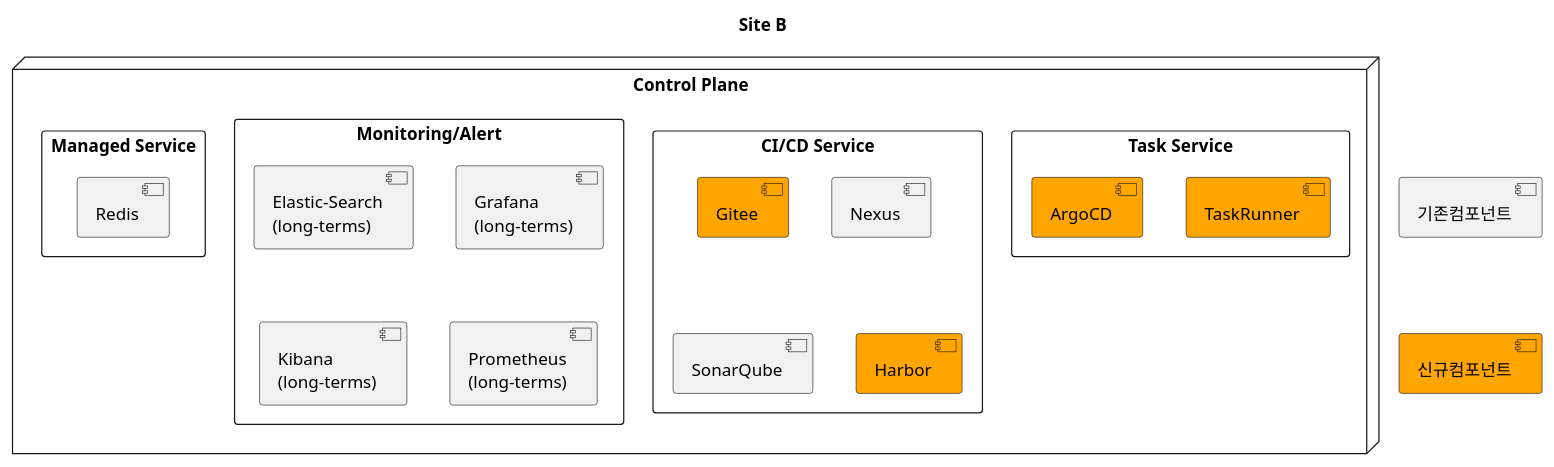
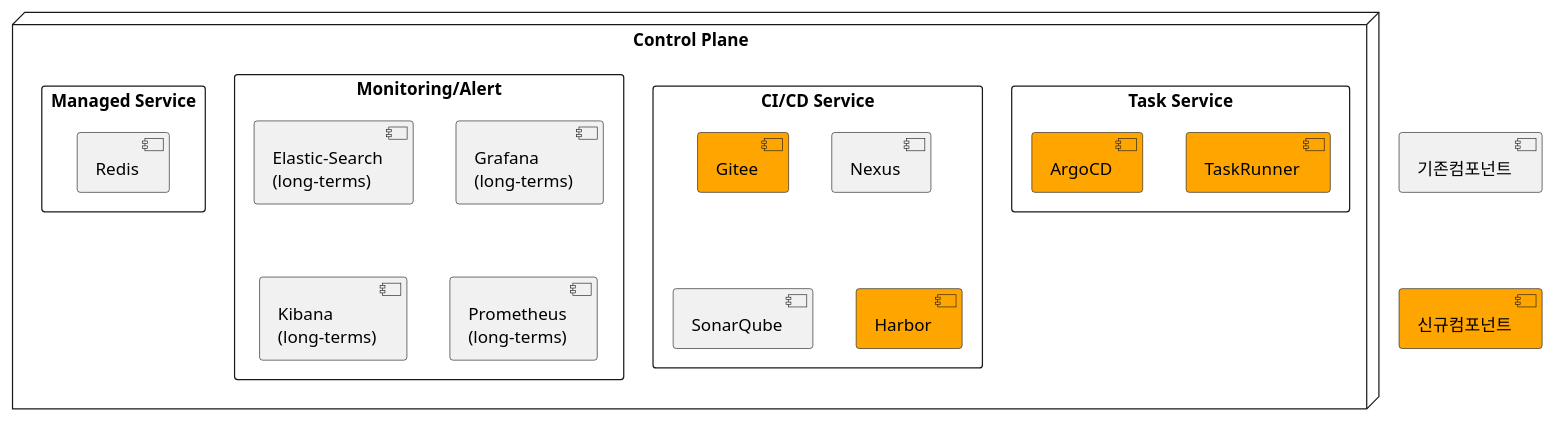
One commit to kloudbank/htdp1.github.io changed the second of 11 diagrams in docs/src/multi-cloud/diagram.md. Above: the diagram before and after it, drawn with PlantUML. The commit also changed other lines of this file, not shown here.

Commit message:
modify diagram 1014

```diff
--- a/docs/src/multi-cloud/diagram.md
+++ b/docs/src/multi-cloud/diagram.md
@@ -65,31 +63,29 @@
 @startuml
-
-title "Site B"
 
 [기존컴포넌트] as old
 [신규컴포넌트] as new #orange
 old -[hidden]d-> new
 
 node "Control Plane" as bcp {
     rectangle "Task Service" as bcp_cicd {
         [TaskRunner] as bcp_taskruuner #orange
         [ArgoCD] as bcp_argocd #orange
     }
     rectangle "CI/CD Service" as bcp_common {
         [Gitee] as gitee #orange
         [Nexus] as nexus
         [SonarQube] as sonarqube
         [Harbor] as harbor #orange
     }
     rectangle "Monitoring/Alert" as bcp_mon {
         [Elastic-Search\n(long-terms)] as bcp_mon_elk
         [Grafana\n(long-terms)] as bcp_mon_grafana
         [Kibana\n(long-terms)] as bcp_mon_kibana
         [Prometheus\n(long-terms)] as bcp_mon_prometheus
     }
     rectangle "Managed Service" as bcp_managed {
         [Redis] as bcp_mananged_redis
     }
 }
 
 @enduml
```
